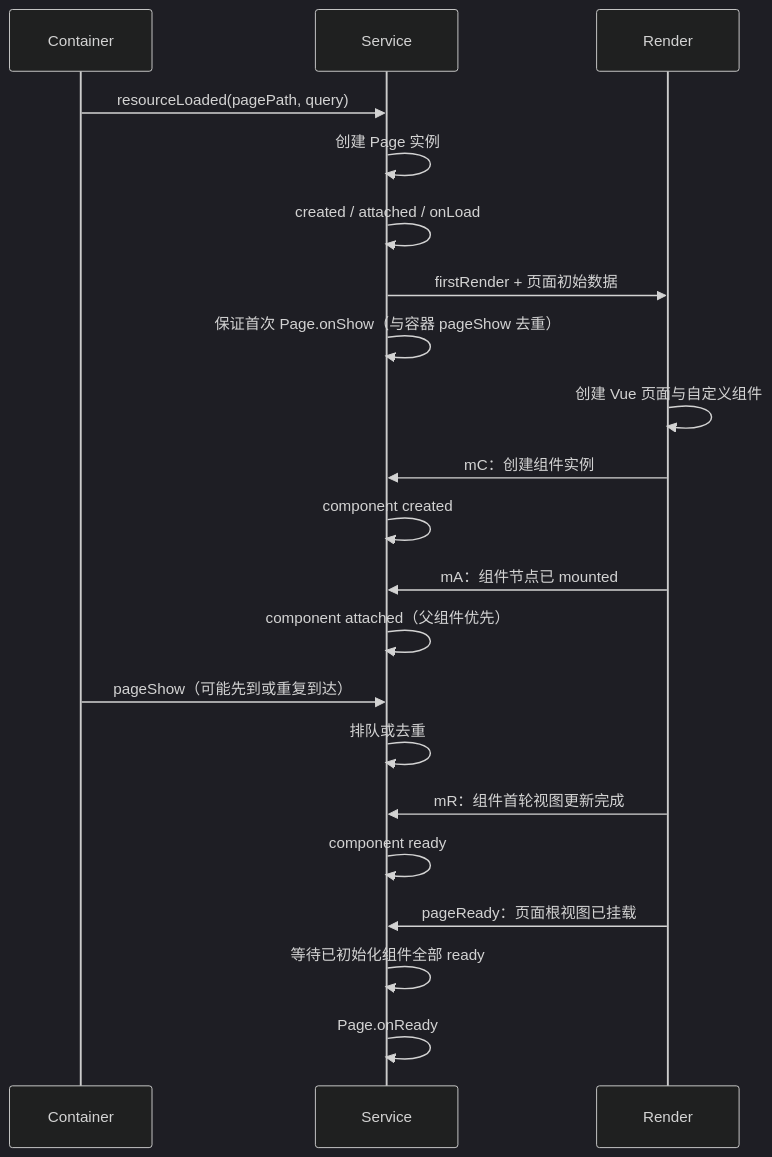
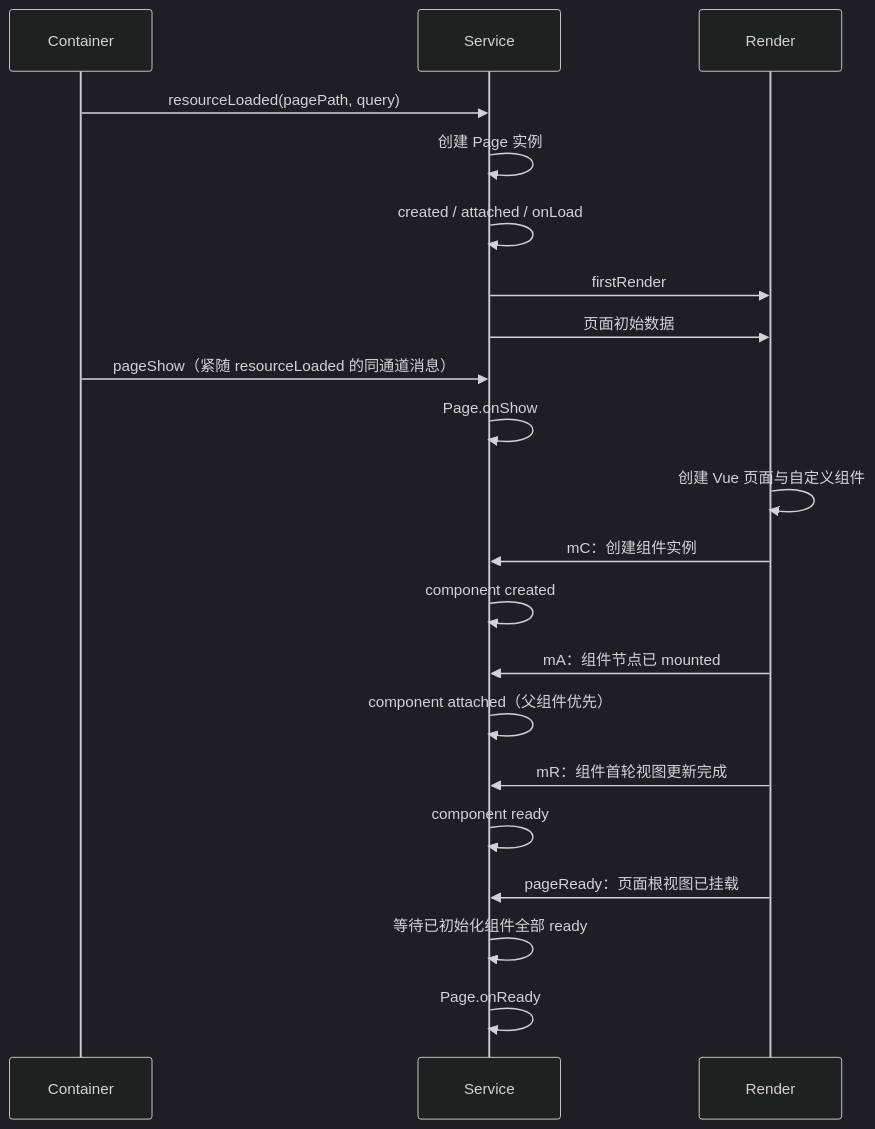
One commit to sternelee/dimina changed the first of 2 diagrams in docs/Architecture-Lifecycle.md. Above: the diagram before and after it, drawn with Mermaid (dark theme). The commit also changed other lines of this file and 104 other files, not shown here.

````diff
--- a/docs/Architecture-Lifecycle.md
+++ b/docs/Architecture-Lifecycle.md
@@ -19,27 +19,26 @@
 ```mermaid
 sequenceDiagram
     participant C as Container
     participant S as Service
     participant R as Render
 
     C->>S: resourceLoaded(pagePath, query)
     S->>S: 创建 Page 实例
     S->>S: created / attached / onLoad
-    S->>R: firstRender + 页面初始数据
-    S->>S: 保证首次 Page.onShow（与容器 pageShow 去重）
+    S->>R: firstRender
+    S->>R: 页面初始数据
+    C->>S: pageShow（紧随 resourceLoaded 的同通道消息）
+    S->>S: Page.onShow
 
     R->>R: 创建 Vue 页面与自定义组件
     R->>S: mC：创建组件实例
     S->>S: component created
     R->>S: mA：组件节点已 mounted
     S->>S: component attached（父组件优先）
 
-    C->>S: pageShow（可能先到或重复到达）
-    S->>S: 排队或去重
-
     R->>S: mR：组件首轮视图更新完成
     S->>S: component ready
     R->>S: pageReady：页面根视图已挂载
     S->>S: 等待已初始化组件全部 ready
     S->>S: Page.onReady
 ```
````
